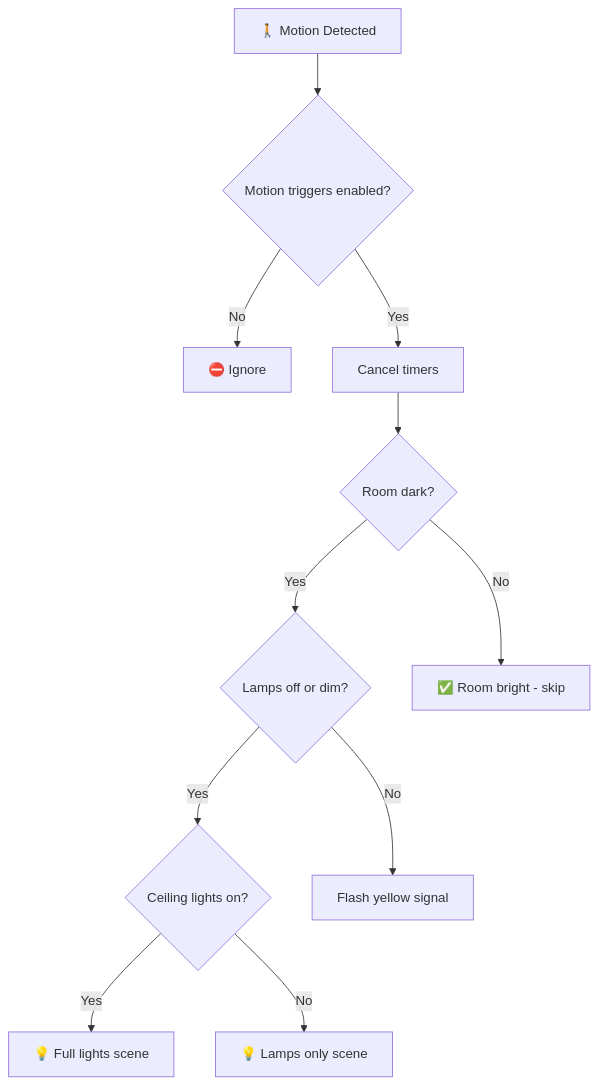
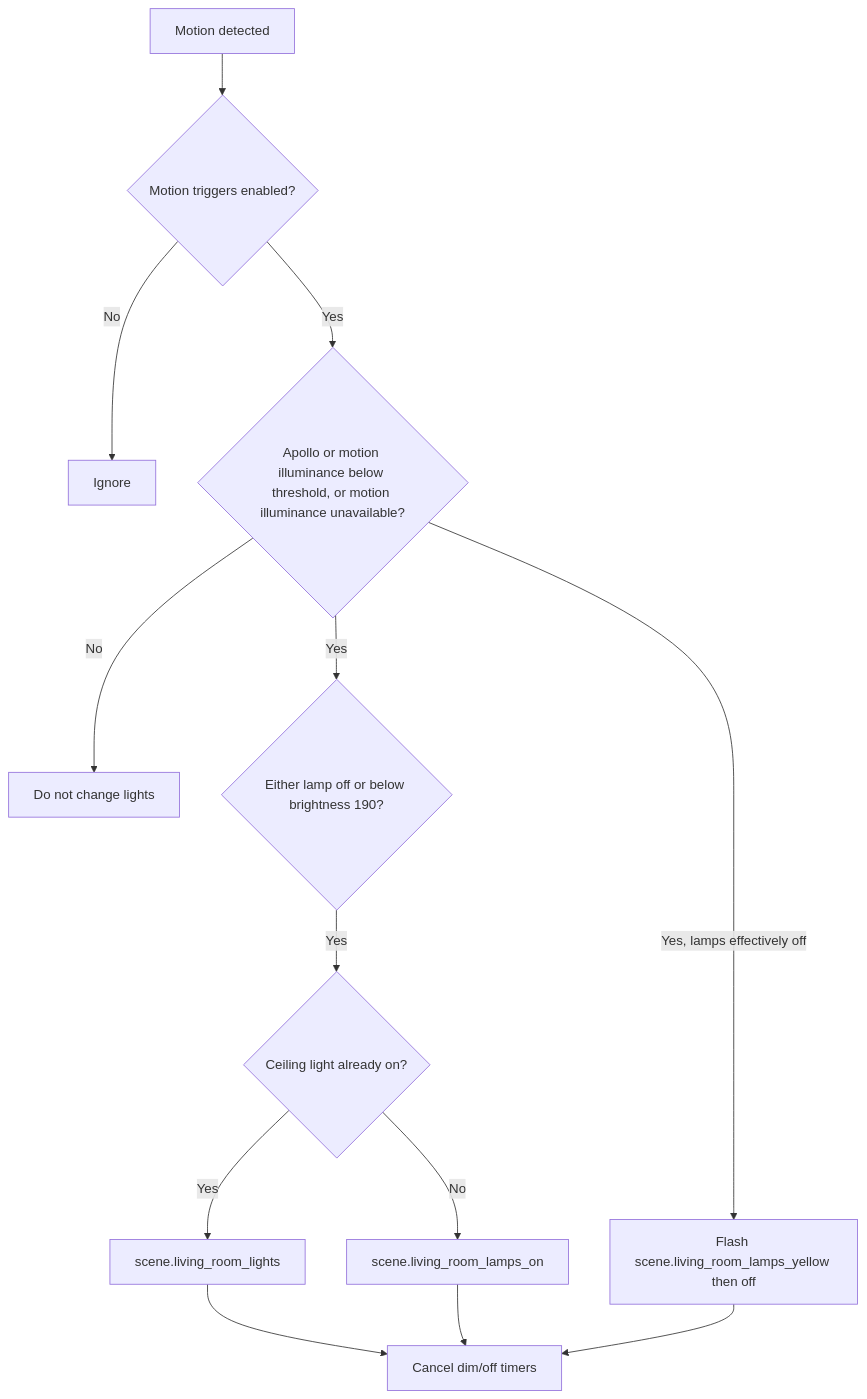
Before and after one commit to dannytsang/homeassistant-config: the third of 3 diagrams in packages/rooms/living_room/README.md, drawn with Mermaid. The commit also changed other lines of this file and 60 other files, not shown here.

````diff
--- a/packages/rooms/living_room/README.md
+++ b/packages/rooms/living_room/README.md
@@ -108,13 +98,15 @@
 ```mermaid
 flowchart TD
-    A["🚶 Motion Detected"] --> B{"Motion triggers enabled?"}
-    B -->|No| Z["⛔ Ignore"]
-    B -->|Yes| C["Cancel timers"]
-    C --> D{"Room dark?"}
-    D -->|Yes| E{"Lamps off or dim?"}
-    D -->|No| F["✅ Room bright - skip"]
-    E -->|Yes| G{"Ceiling lights on?"}
-    E -->|No| H["Flash yellow signal"]
-    G -->|Yes| I["💡 Full lights scene"]
-    G -->|No| J["💡 Lamps only scene"]
+    Motion[Motion detected] --> Enabled{Motion triggers enabled?}
+    Enabled -->|No| Ignore[Ignore]
+    Enabled -->|Yes| Dark{Apollo or motion illuminance below threshold, or motion illuminance unavailable?}
+    Dark -->|No| Skip[Do not change lights]
+    Dark -->|Yes| Dim{Either lamp off or below brightness 190?}
+    Dim -->|Yes| Ceiling{Ceiling light already on?}
+    Ceiling -->|Yes| Full[scene.living_room_lights]
+    Ceiling -->|No| Lamps[scene.living_room_lamps_on]
+    Dark -->|Yes, lamps effectively off| Flash[Flash scene.living_room_lamps_yellow then off]
+    Full --> Cancel[Cancel dim/off timers]
+    Lamps --> Cancel
+    Flash --> Cancel
 ```
````
